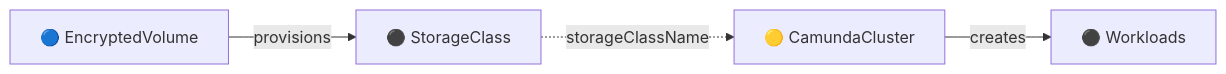
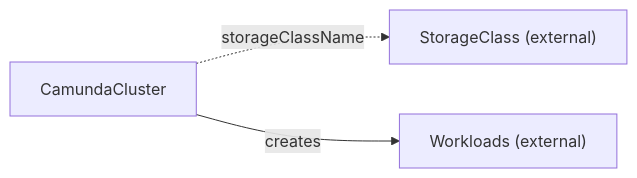
The second of 5 diagrams in docs/architecture.md (konsole-is/camunda-operator), drawn with Mermaid before and after one commit. The commit also changed other lines of this file and 7 other files, not shown here.

First line of the commit message:
Docs tooling, CRD doc template, and core-only architecture (#8)

````diff
--- a/docs/architecture.md
+++ b/docs/architecture.md
@@ -582,6 +39,6 @@
 ```mermaid
 graph LR
-    EV["🔵 EncryptedVolume"] -->|provisions| SC["⚫ StorageClass"]
-    SC -.->|"storageClassName"| CC["🟡 CamundaCluster"]
-    CC -->|creates| WL["⚫ Workloads"]
+    SC["StorageClass (external)"]
+    CC[CamundaCluster] -.->|storageClassName| SC
+    CC -->|creates| WL["Workloads (external)"]
 ```
````
